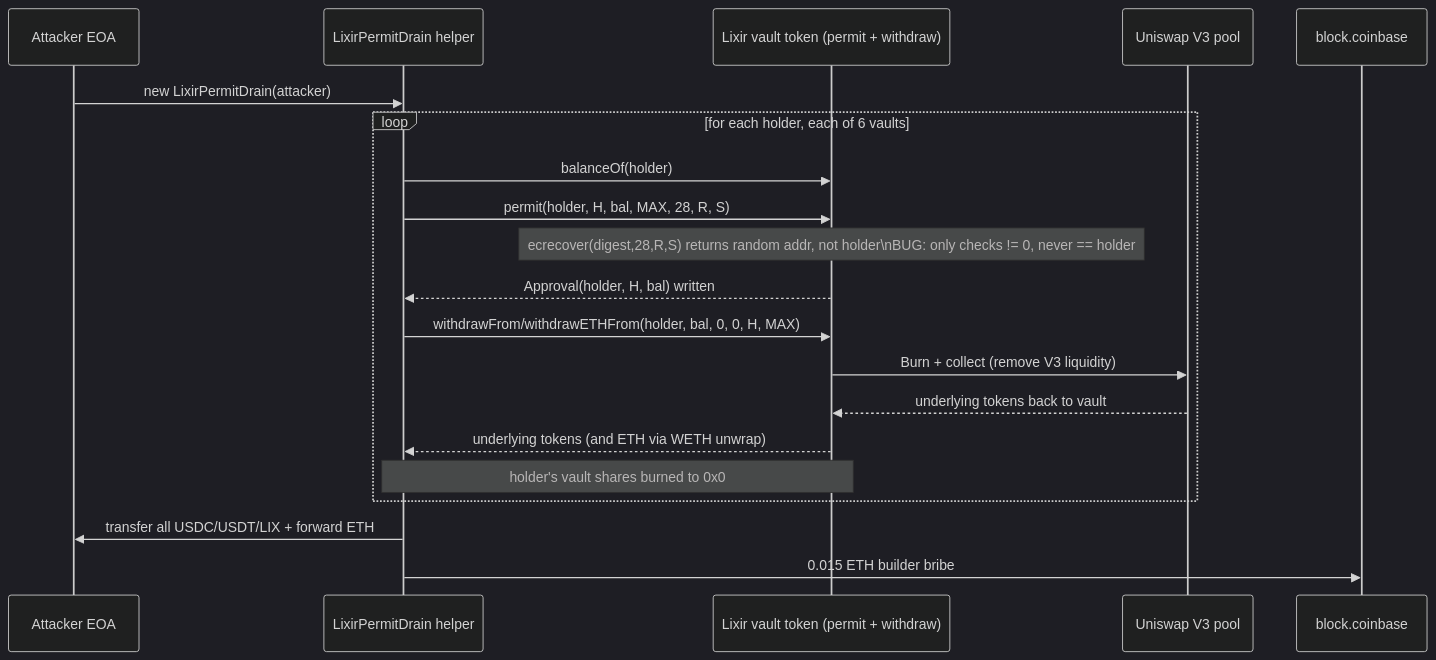
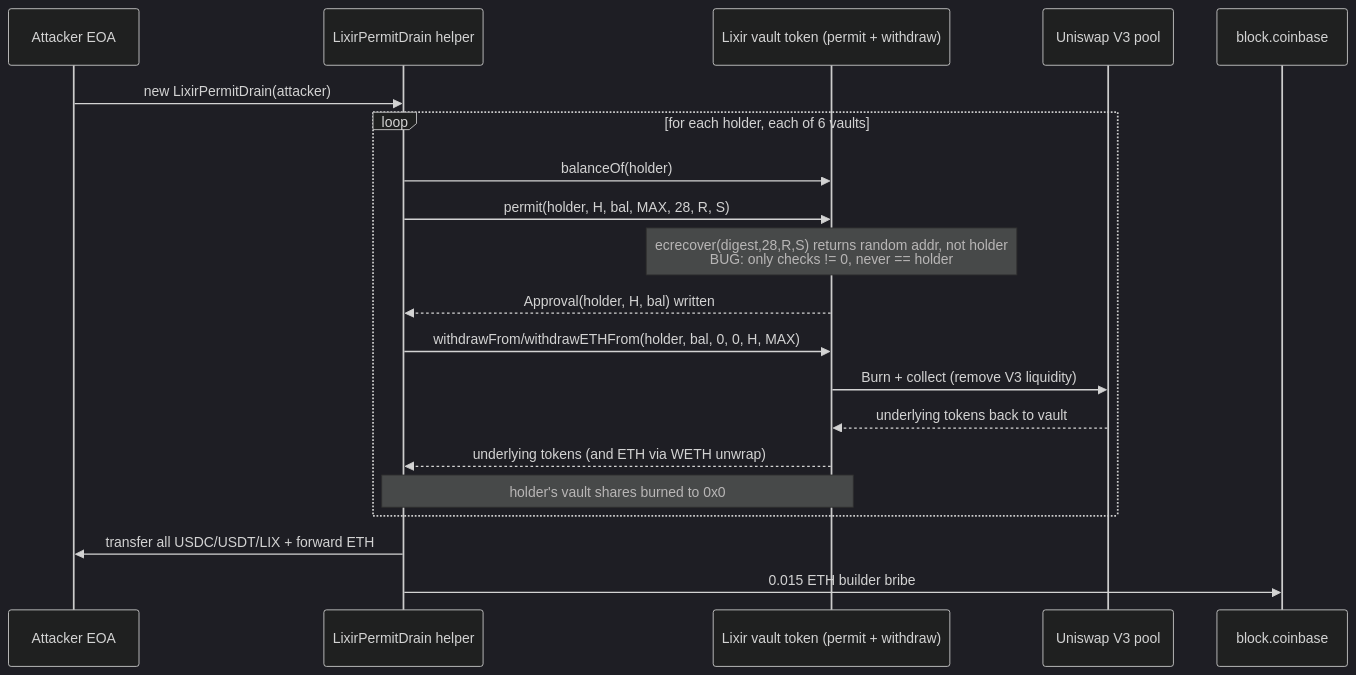
The first of 2 diagrams in 2026-06-LixirPermitDrain_exp/LixirPermitDrain_exp.md (sanbir/evm-hack-registry), drawn with Mermaid (dark theme) before and after one commit. The commit also changed other lines of this file and 280 other files, not shown here.

Commit message:
mermaid fixes

````diff
--- a/2026-06-LixirPermitDrain_exp/LixirPermitDrain_exp.md
+++ b/2026-06-LixirPermitDrain_exp/LixirPermitDrain_exp.md
@@ -151,22 +151,22 @@
 ```mermaid
 sequenceDiagram
     participant A as Attacker EOA
     participant H as LixirPermitDrain helper
     participant V as Lixir vault token (permit + withdraw)
     participant U as Uniswap V3 pool
 
     A->>H: new LixirPermitDrain(attacker)
     loop for each holder, each of 6 vaults
         H->>V: balanceOf(holder)
         H->>V: permit(holder, H, bal, MAX, 28, R, S)
-        Note over V: ecrecover(digest,28,R,S) returns random addr, not holder\nBUG: only checks != 0, never == holder
+        Note over V: ecrecover(digest,28,R,S) returns random addr, not holder<br/>BUG: only checks != 0, never == holder
         V-->>H: Approval(holder, H, bal) written
         H->>V: withdrawFrom/withdrawETHFrom(holder, bal, 0, 0, H, MAX)
         V->>U: Burn + collect (remove V3 liquidity)
         U-->>V: underlying tokens back to vault
         V-->>H: underlying tokens (and ETH via WETH unwrap)
         Note over V,H: holder's vault shares burned to 0x0
     end
     H->>A: transfer all USDC/USDT/LIX + forward ETH
     H->>block.coinbase: 0.015 ETH builder bribe
 ```
````
